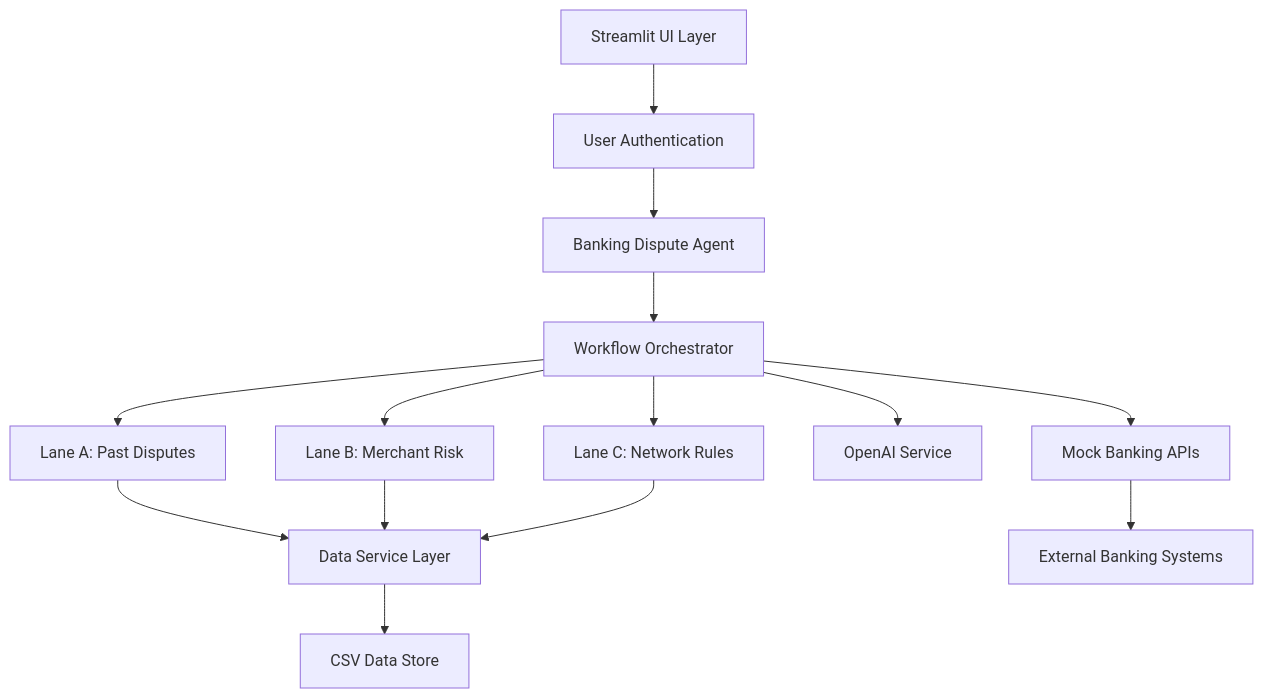
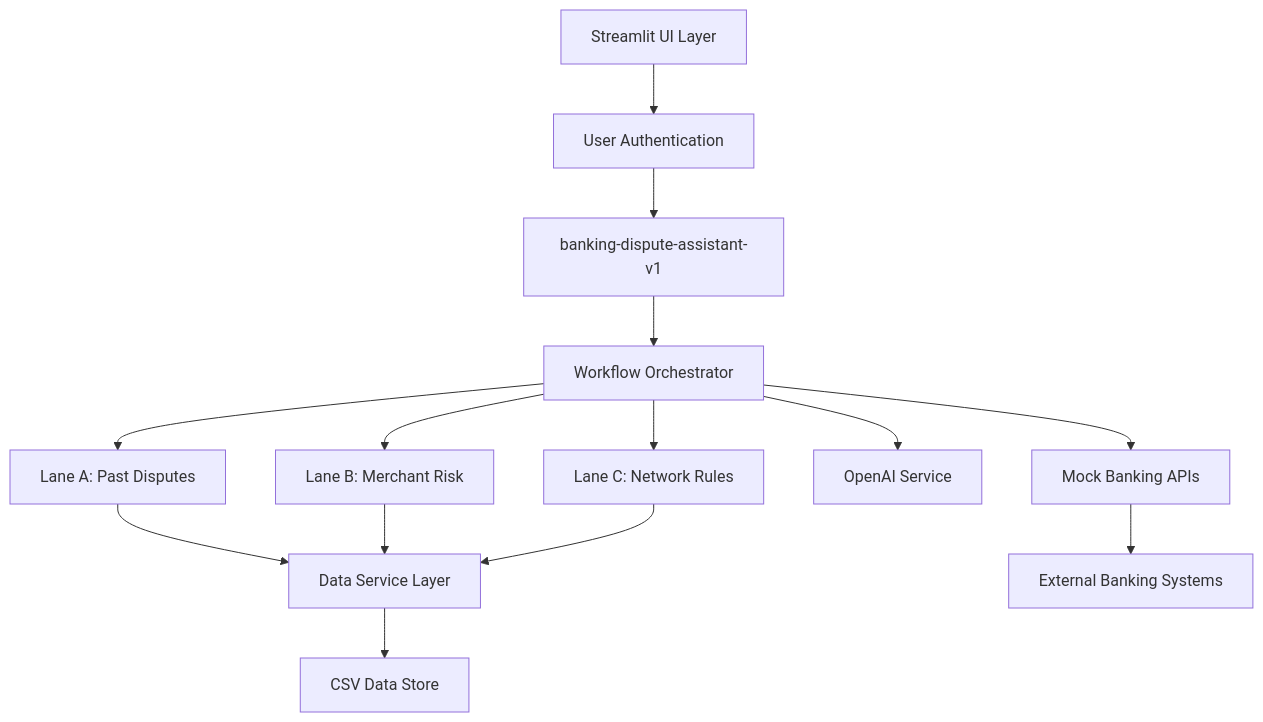
One commit to dineshdm369/banking-dispute-assistant-v1 changed the first of 2 diagrams in docs/ARCHITECTURE.md. Above: the diagram before and after it, drawn with Mermaid. The commit also changed other lines of this file and 28 other files, not shown here.

Commit message:
Update: architecture, docs, new agent, and service registry

````diff
--- a/docs/ARCHITECTURE.md
+++ b/docs/ARCHITECTURE.md
@@ -9,20 +9,20 @@
 ```mermaid
 graph TB
     UI[Streamlit UI Layer] --> AUTH[User Authentication]
-    AUTH --> AGENT[Banking Dispute Agent]
+    AUTH --> AGENT[banking-dispute-assistant-v1]
     AGENT --> ORCHESTRATOR[Workflow Orchestrator]
     
     ORCHESTRATOR --> LANE_A[Lane A: Past Disputes]
     ORCHESTRATOR --> LANE_B[Lane B: Merchant Risk]
     ORCHESTRATOR --> LANE_C[Lane C: Network Rules]
     
     LANE_A --> DATA[Data Service Layer]
     LANE_B --> DATA
     LANE_C --> DATA
     
     ORCHESTRATOR --> OPENAI[OpenAI Service]
     ORCHESTRATOR --> MOCK_API[Mock Banking APIs]
     
     DATA --> CSV[CSV Data Store]
     MOCK_API --> EXTERNAL[External Banking Systems]
 ```
````
